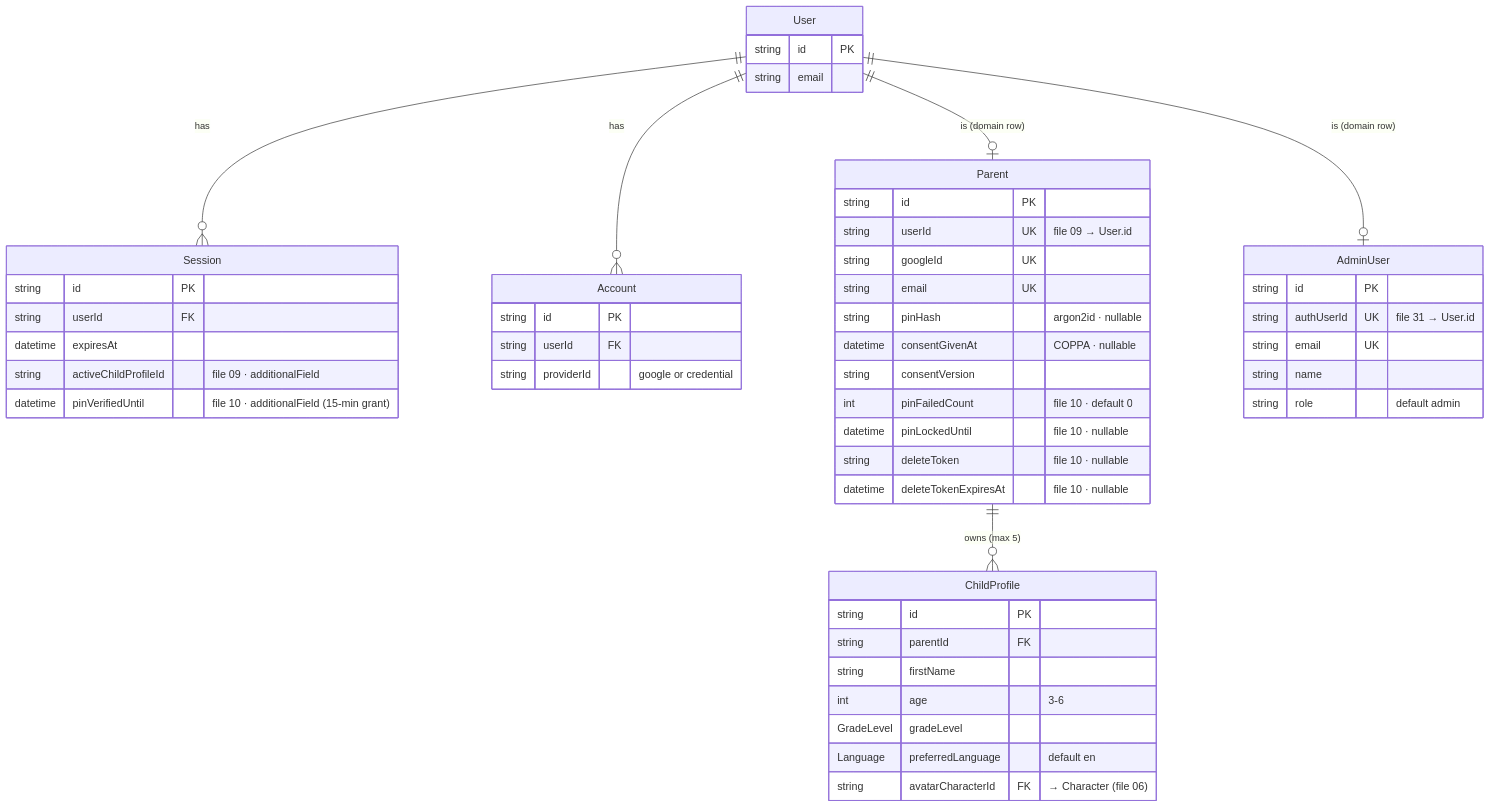
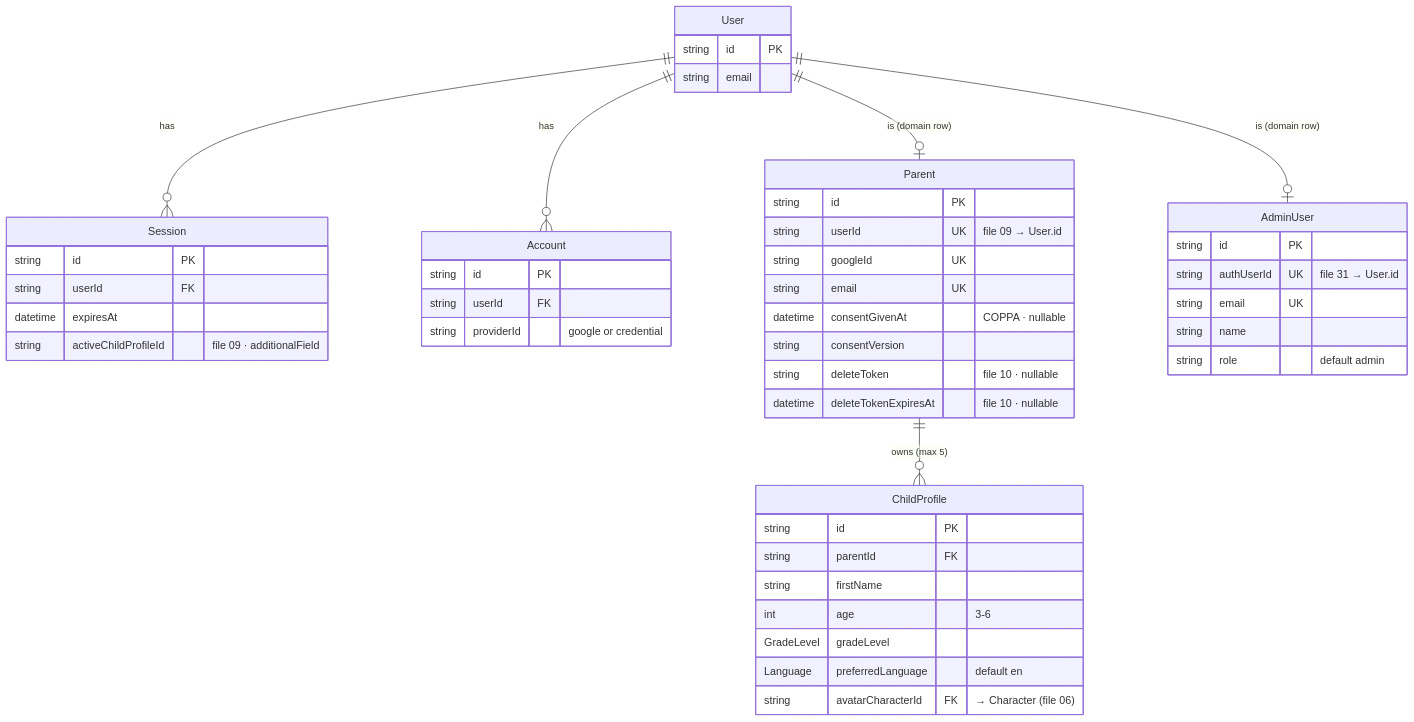
One commit to salmanbd100/kidlearn changed the second of 7 diagrams in document/database-design.md. Above: the diagram before and after it, drawn with Mermaid. The commit also changed other lines of this file and 15 other files, not shown here.

````diff
--- a/document/database-design.md
+++ b/document/database-design.md
@@ -131,54 +131,50 @@
 ```mermaid
 erDiagram
     User ||--o{ Session : "has"
     User ||--o{ Account : "has"
     User ||--o| Parent : "is (domain row)"
     User ||--o| AdminUser : "is (domain row)"
     Parent ||--o{ ChildProfile : "owns (max 5)"
 
     User {
         string id PK
         string email
     }
     Session {
         string id PK
         string userId FK
         datetime expiresAt
         string activeChildProfileId "file 09 · additionalField"
-        datetime pinVerifiedUntil "file 10 · additionalField (15-min grant)"
     }
     Account {
         string id PK
         string userId FK
         string providerId "google or credential"
     }
     Parent {
         string id PK
         string userId UK "file 09 → User.id"
         string googleId UK
         string email UK
-        string pinHash "argon2id · nullable"
         datetime consentGivenAt "COPPA · nullable"
         string consentVersion
-        int pinFailedCount "file 10 · default 0"
-        datetime pinLockedUntil "file 10 · nullable"
         string deleteToken "file 10 · nullable"
         datetime deleteTokenExpiresAt "file 10 · nullable"
     }
     AdminUser {
         string id PK
         string authUserId UK "file 31 → User.id"
         string email UK
         string name
         string role "default admin"
     }
     ChildProfile {
         string id PK
         string parentId FK
         string firstName
         int age "3-6"
         GradeLevel gradeLevel
         Language preferredLanguage "default en"
         string avatarCharacterId FK "→ Character (file 06)"
     }
 ```
````
